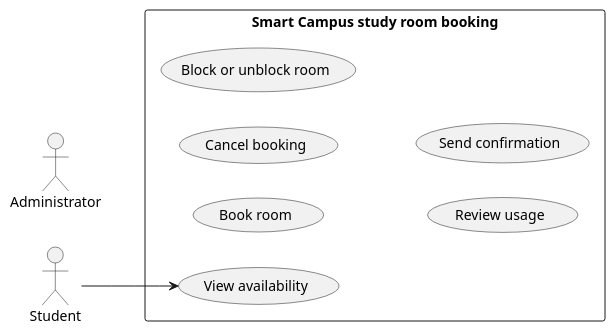
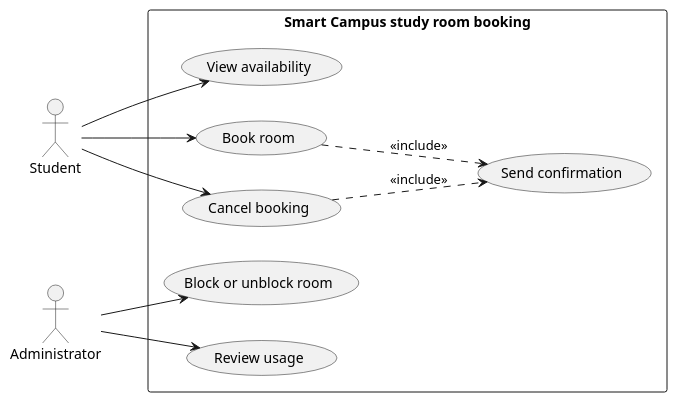
One commit to UnityFan228337/se-practice changed the diagram in week-03/requirements/use-cases.puml. Above: the diagram before and after it, drawn with PlantUML. The commit also changed 15 other files, not shown here.

```diff
--- a/week-03/requirements/use-cases.puml
+++ b/week-03/requirements/use-cases.puml
@@ -1,26 +1,31 @@
 @startuml
 ' Use-case diagram — Smart Campus study room booking
 ' Two actors, outside the boundary. Six use cases, inside it.
 ' No screens, no databases, no internal components, no third actor.
 ' Draw an association only where that actor actually triggers that function.
 
 left to right direction
 
 actor Student
 actor Administrator
 
 rectangle "Smart Campus study room booking" {
   usecase "View availability"      as UC01
   usecase "Book room"              as UC02
   usecase "Cancel booking"         as UC03
   usecase "Block or unblock room"  as UC04
   usecase "Review usage"           as UC05
   usecase "Send confirmation"      as UC06
 }
 
-' TODO: replace the associations below with the ones you can justify.
-' TODO: think about UC05 and UC06 before you connect an actor to them.
+Student --> UC01
+Student --> UC02
+Student --> UC03
 
-Student --> UC01
+Administrator --> UC04
+Administrator --> UC05
+
+UC02 ..> UC06 : <<include>>
+UC03 ..> UC06 : <<include>>
 
 @enduml
```
